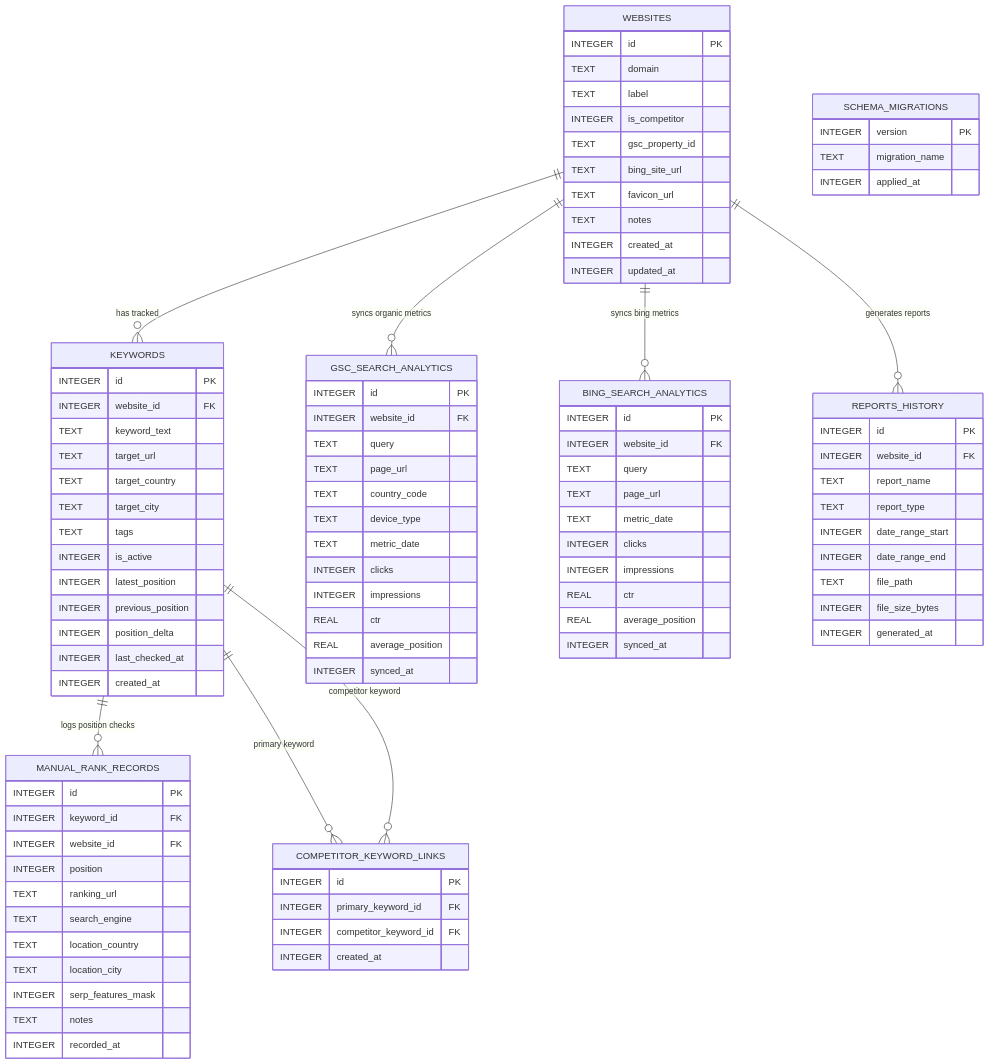
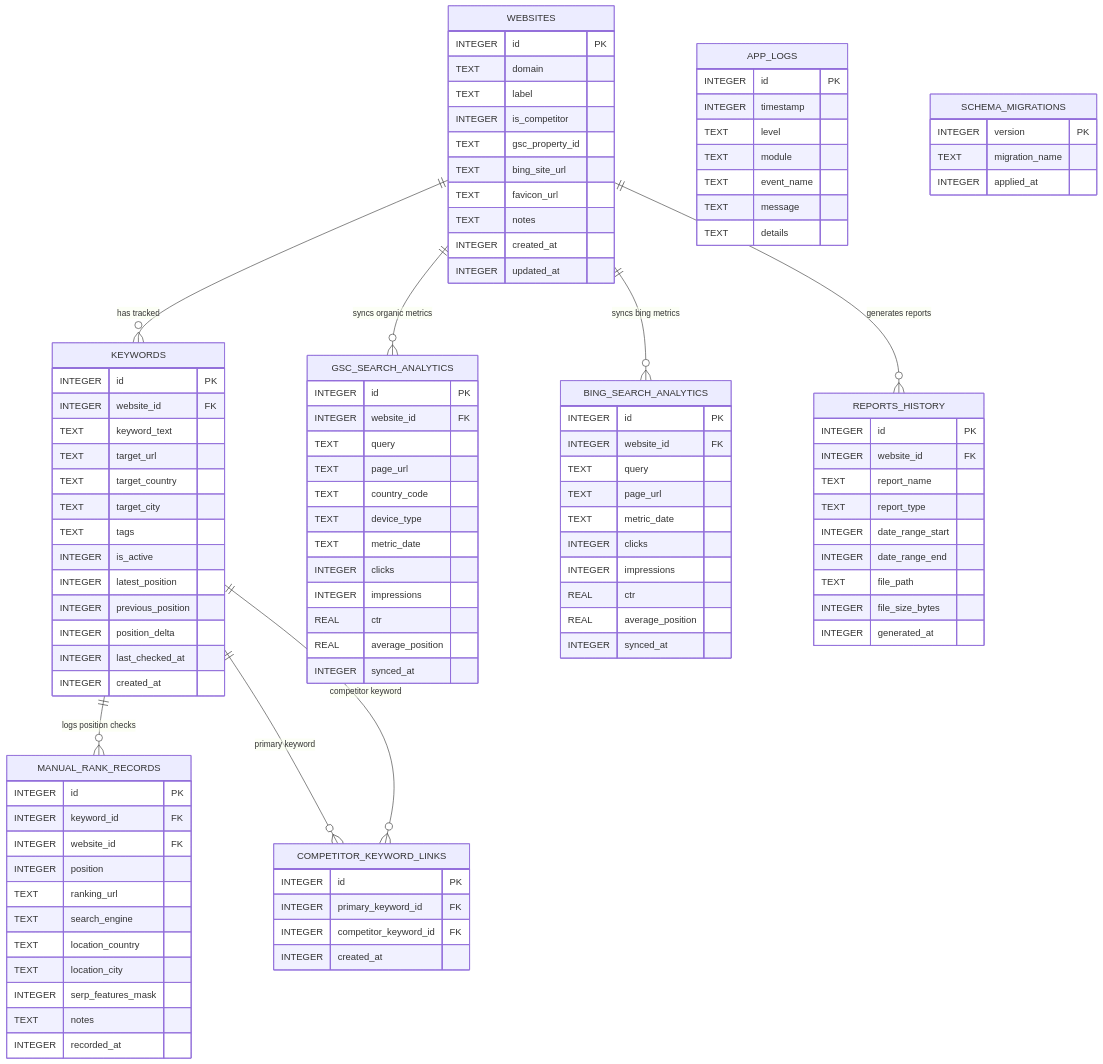
Before and after one commit to arybishal/Rankscope: the diagram in DATABASE_SCHEMA.md, drawn with Mermaid. The commit also changed other lines of this file and 37 other files, not shown here.

```diff
--- a/DATABASE_SCHEMA.md
+++ b/DATABASE_SCHEMA.md
@@ -126,6 +126,16 @@
         INTEGER generated_at
     }
 
+    APP_LOGS {
+        INTEGER id PK
+        INTEGER timestamp
+        TEXT level
+        TEXT module
+        TEXT event_name
+        TEXT message
+        TEXT details
+    }
+
     SCHEMA_MIGRATIONS {
         INTEGER version PK
         TEXT migration_name
```
